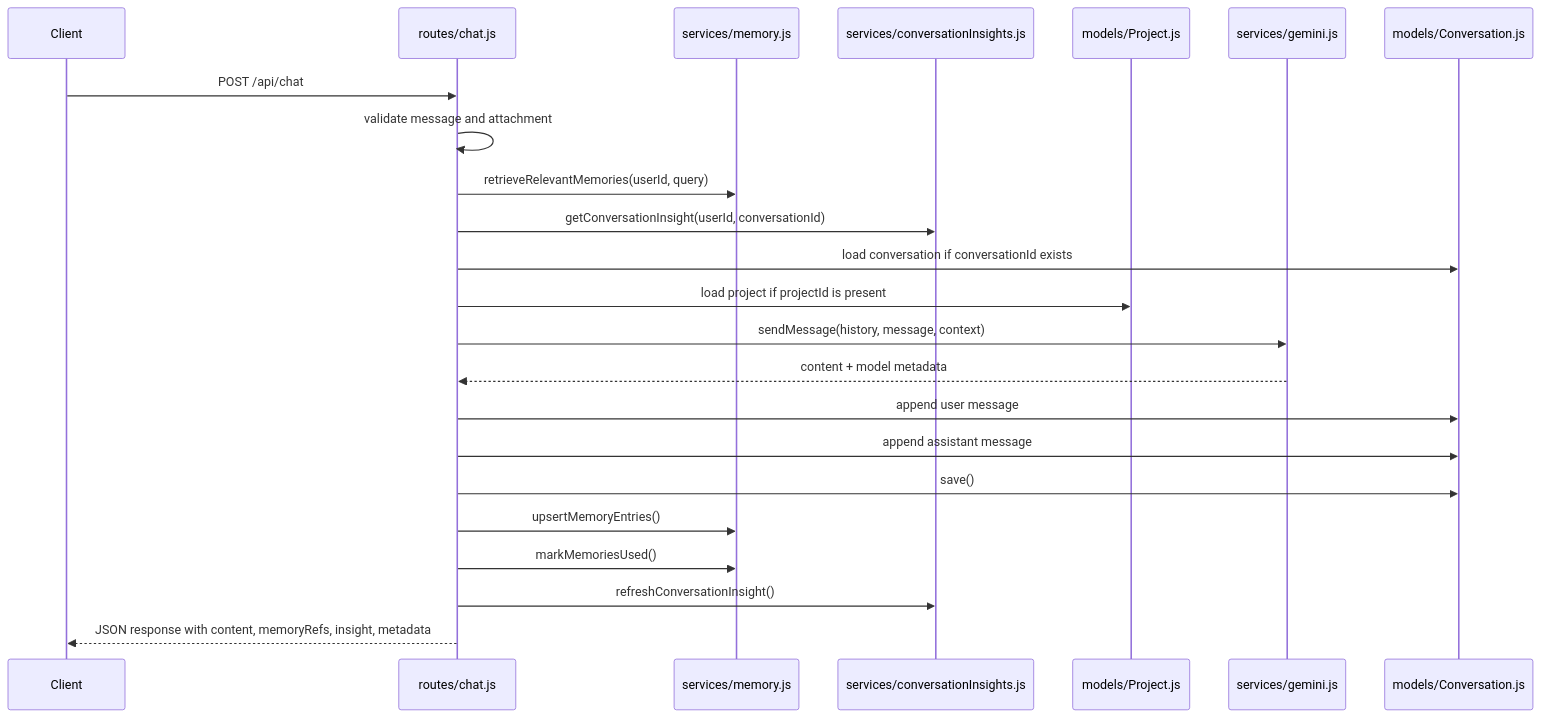
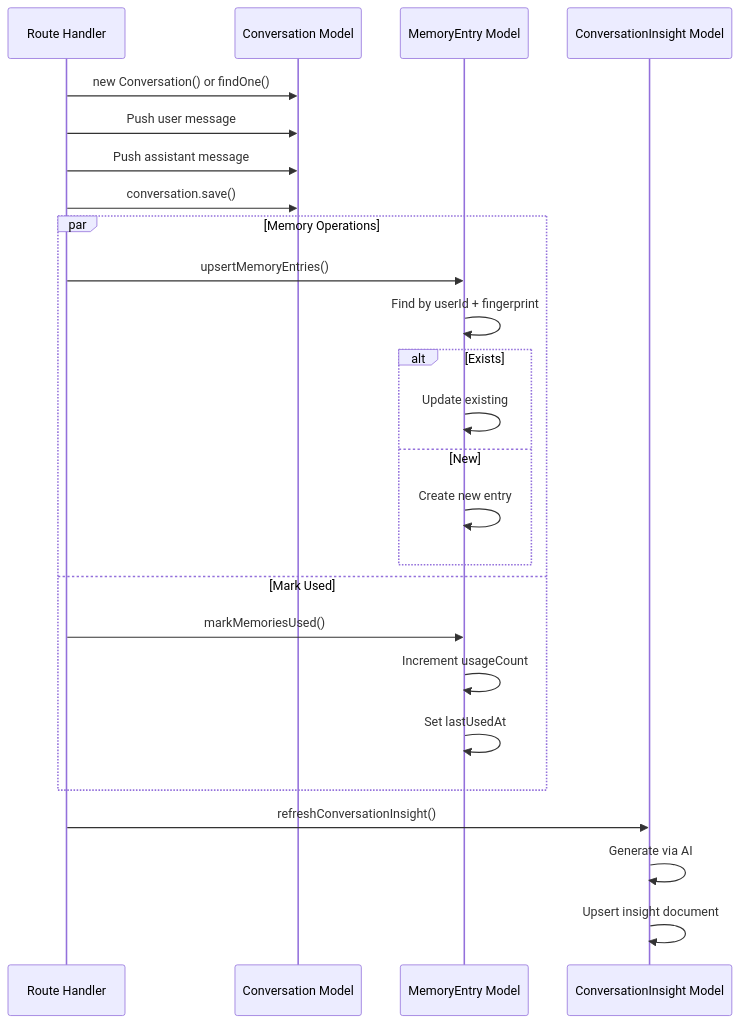
One commit to Ganesh172919/Backend_Practice changed diagram 11 of 13 in docs/ai/06-solo-chat-flow.md. Above: the diagram before and after it, drawn with Mermaid. The commit also changed other lines of this file and 6 other files, not shown here.

````diff
--- a/docs/ai/06-solo-chat-flow.md
+++ b/docs/ai/06-solo-chat-flow.md
@@ -16,26 +629,30 @@
 ```mermaid
 sequenceDiagram
-    participant Client
-    participant Route as routes/chat.js
-    participant Memory as services/memory.js
-    participant Insight as services/conversationInsights.js
-    participant Project as models/Project.js
-    participant AI as services/gemini.js
-    participant Conv as models/Conversation.js
+    participant R as Route Handler
+    participant Conv as Conversation Model
+    participant Mem as MemoryEntry Model
+    participant Insight as ConversationInsight Model
 
-    Client->>Route: POST /api/chat
-    Route->>Route: validate message and attachment
-    Route->>Memory: retrieveRelevantMemories(userId, query)
-    Route->>Insight: getConversationInsight(userId, conversationId)
-    Route->>Conv: load conversation if conversationId exists
-    Route->>Project: load project if projectId is present
-    Route->>AI: sendMessage(history, message, context)
-    AI-->>Route: content + model metadata
-    Route->>Conv: append user message
-    Route->>Conv: append assistant message
-    Route->>Conv: save()
-    Route->>Memory: upsertMemoryEntries()
-    Route->>Memory: markMemoriesUsed()
-    Route->>Insight: refreshConversationInsight()
-    Route-->>Client: JSON response with content, memoryRefs, insight, metadata
+    R->>Conv: new Conversation() or findOne()
+    R->>Conv: Push user message
+    R->>Conv: Push assistant message
+    R->>Conv: conversation.save()
+    
+    par Memory Operations
+        R->>Mem: upsertMemoryEntries()
+        Mem->>Mem: Find by userId + fingerprint
+        alt Exists
+            Mem->>Mem: Update existing
+        else New
+            Mem->>Mem: Create new entry
+        end
+    and Mark Used
+        R->>Mem: markMemoriesUsed()
+        Mem->>Mem: Increment usageCount
+        Mem->>Mem: Set lastUsedAt
+    end
+    
+    R->>Insight: refreshConversationInsight()
+    Insight->>Insight: Generate via AI
+    Insight->>Insight: Upsert insight document
 ```
````
